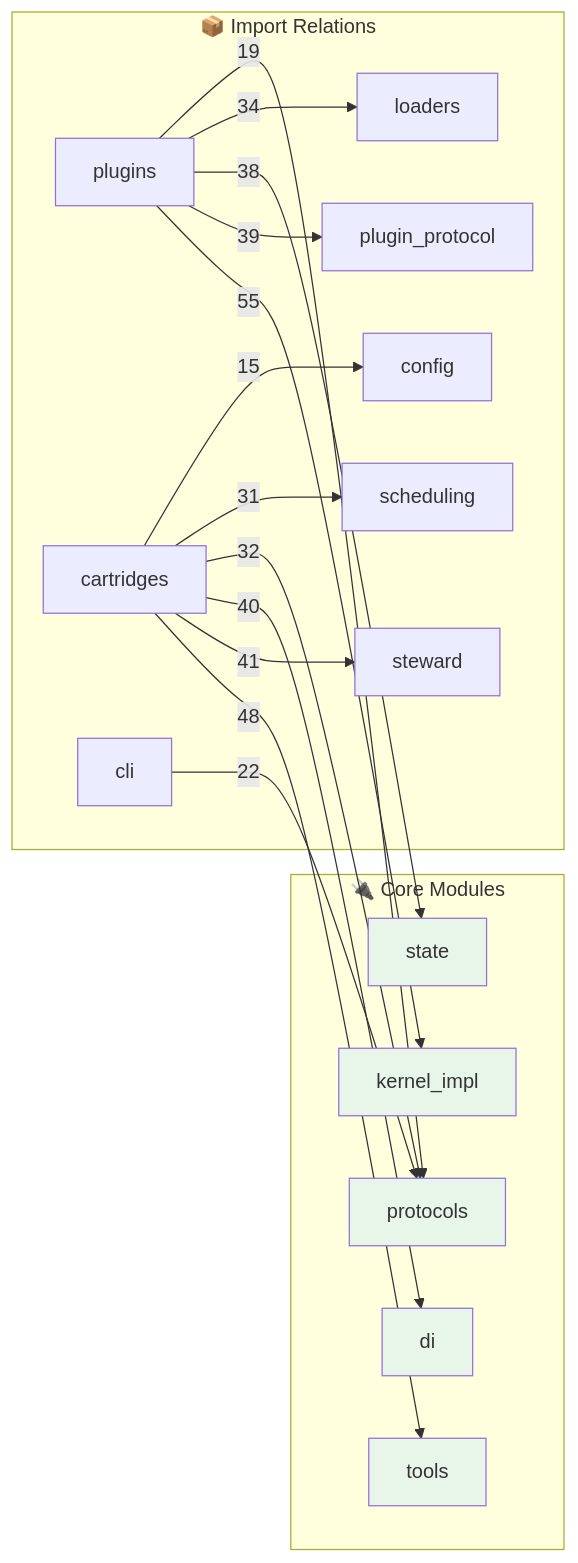
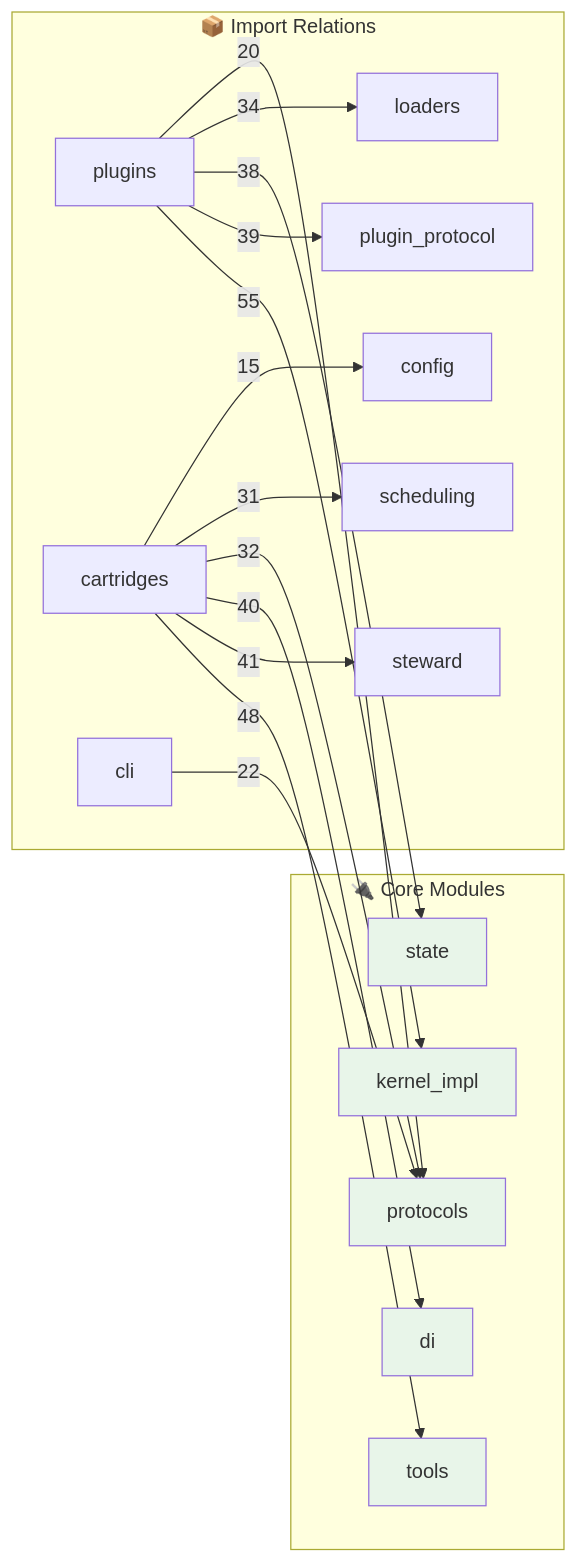
The second of 2 diagrams in OPUS.md (kimeisele/steward-protocol), drawn with Mermaid before and after one commit. The commit also changed other lines of this file and 32 other files, not shown here.

````diff
--- a/OPUS.md
+++ b/OPUS.md
@@ -723,31 +610,31 @@
 ```mermaid
 flowchart LR
     subgraph Core["🔌 Core Modules"]
         protocols[protocols]
         kernel_impl[kernel_impl]
         di[di]
         tools[tools]
         state[state]
     end
 
     subgraph Edges["📦 Import Relations"]
         plugins -->|55| kernel_impl
         cartridges -->|48| tools
         cartridges -->|41| steward
         cartridges -->|40| di
         plugins -->|39| plugin_protocol
         plugins -->|38| state
         plugins -->|34| loaders
         cartridges -->|32| protocols
         cartridges -->|31| scheduling
         cli -->|22| protocols
-        plugins -->|19| protocols
+        plugins -->|20| protocols
         cartridges -->|15| config
     end
 
     style protocols fill:#e8f5e9
     style kernel_impl fill:#e8f5e9
     style di fill:#e8f5e9
     style tools fill:#e8f5e9
     style state fill:#e8f5e9
 ```
````
